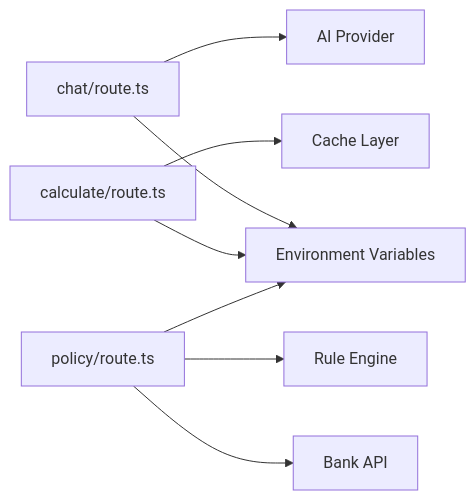
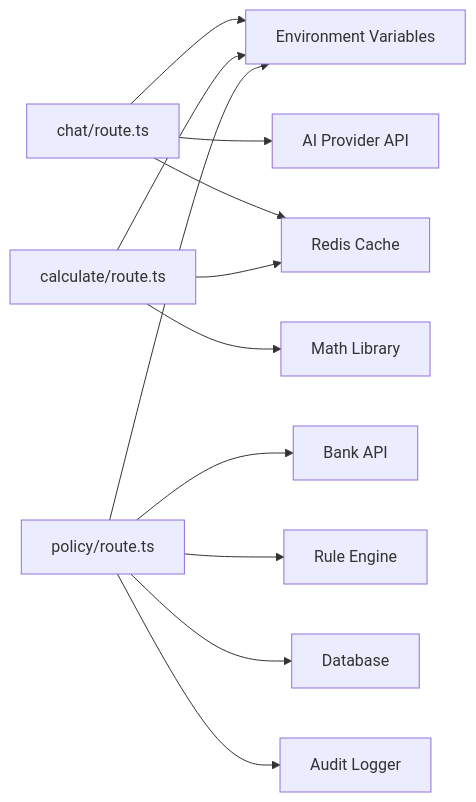
Before and after one commit to alibaba-hackathon-fsi/frontend-vaya: the sixth of 6 diagrams in .qoder/repowiki/en/content/Architecture Overview/API Architecture.md, drawn with Mermaid. The commit also changed other lines of this file and 77 other files, not shown here.

````diff
--- a/.qoder/repowiki/en/content/Architecture Overview/API Architecture.md
+++ b/.qoder/repowiki/en/content/Architecture Overview/API Architecture.md
@@ -318,10 +432,14 @@
 ```mermaid
 graph LR
 Chat["chat/route.ts"] --> Env["Environment Variables"]
-Chat --> AI["AI Provider"]
+Chat --> AI["AI Provider API"]
+Chat --> Cache["Redis Cache"]
 Calc["calculate/route.ts"] --> Env
-Calc --> Cache["Cache Layer"]
+Calc --> MathLib["Math Library"]
+Calc --> Cache
 Policy["policy/route.ts"] --> Env
 Policy --> Bank["Bank API"]
 Policy --> Rules["Rule Engine"]
+Policy --> DB["Database"]
+Policy --> Audit["Audit Logger"]
 ```
````
